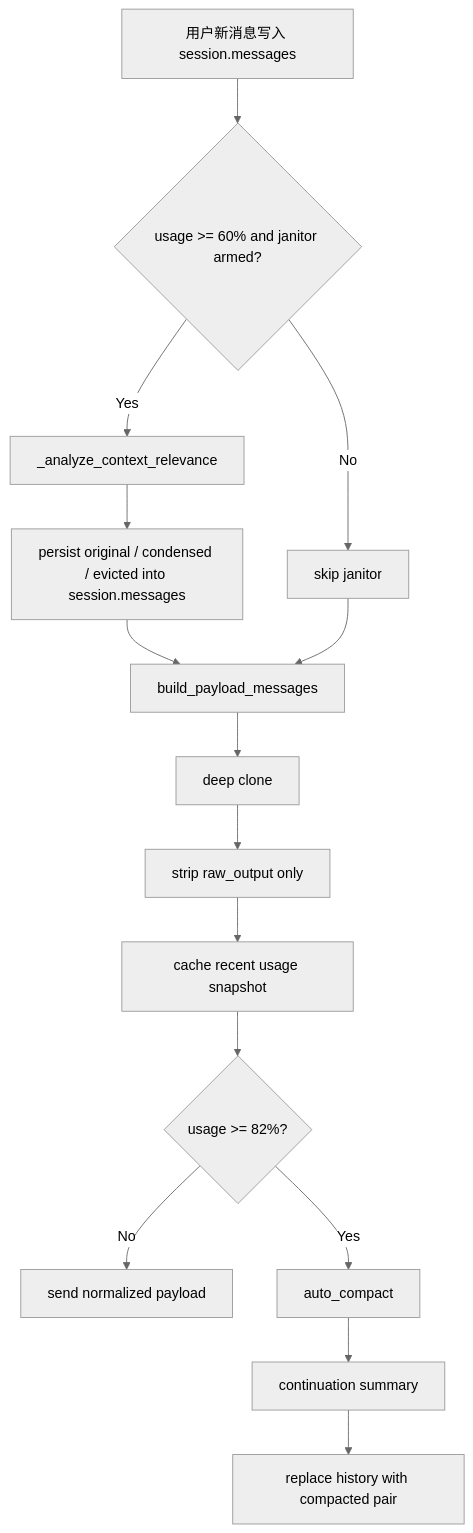
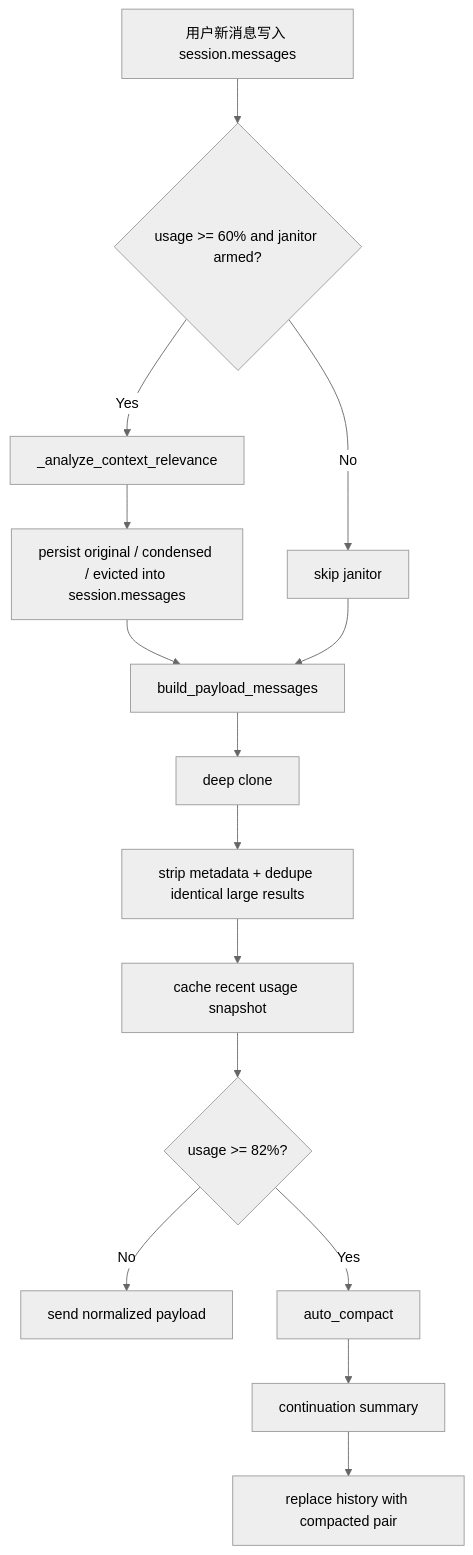
The first of 2 diagrams in Docs/Core/06-上下文治理与压缩.md (keiqkeqi321/somnia), drawn with Mermaid (neutral theme) before and after one commit. The commit also changed other lines of this file and 9 other files, not shown here.

````diff
--- a/Docs/Core/06-上下文治理与压缩.md
+++ b/Docs/Core/06-上下文治理与压缩.md
@@ -23,17 +23,17 @@
 ```mermaid
 flowchart TD
     A[用户新消息写入 session.messages] --> B{usage >= 60% and janitor armed?}
     B -- Yes --> C[_analyze_context_relevance]
     C --> D[persist original / condensed / evicted into session.messages]
     B -- No --> E[skip janitor]
     D --> F[build_payload_messages]
     E --> F
     F --> G[deep clone]
-    G --> H[strip raw_output only]
+    G --> H[strip metadata + dedupe identical large results]
     H --> I[cache recent usage snapshot]
     I --> J{usage >= 82%?}
     J -- No --> K[send normalized payload]
     J -- Yes --> L[auto_compact]
     L --> M[continuation summary]
     M --> N[replace history with compacted pair]
 ```
````
